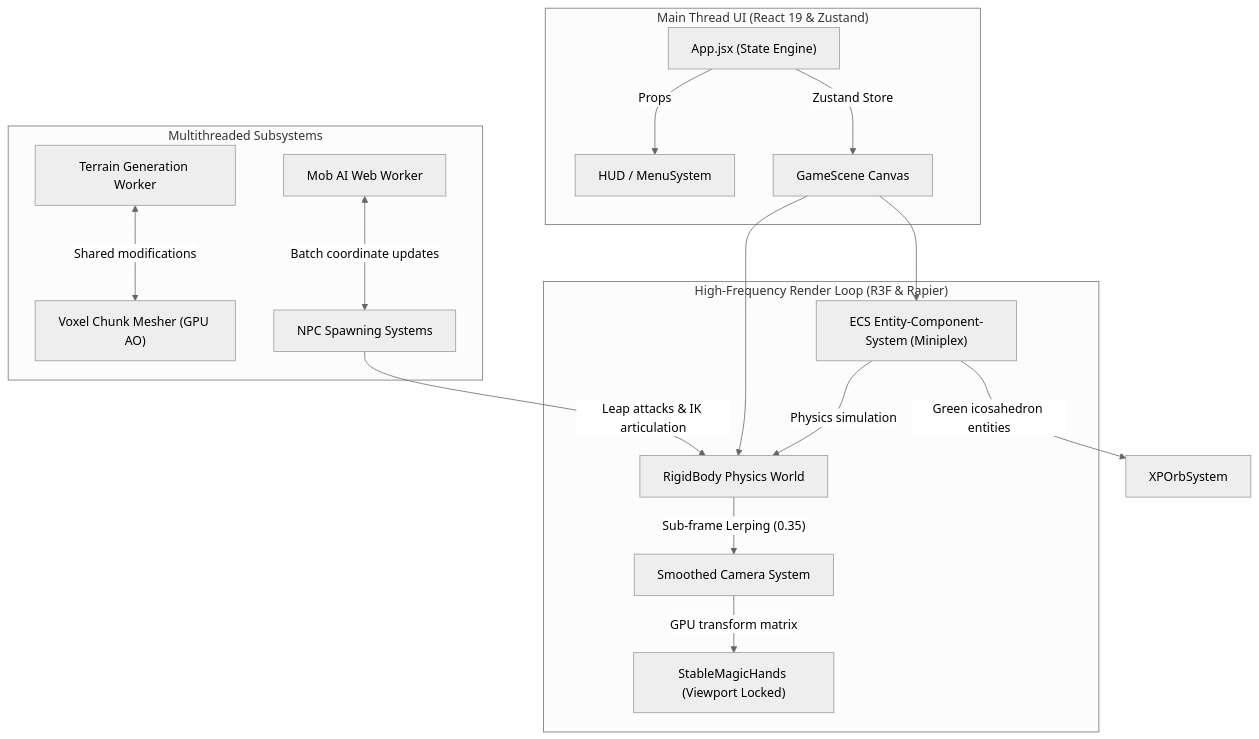
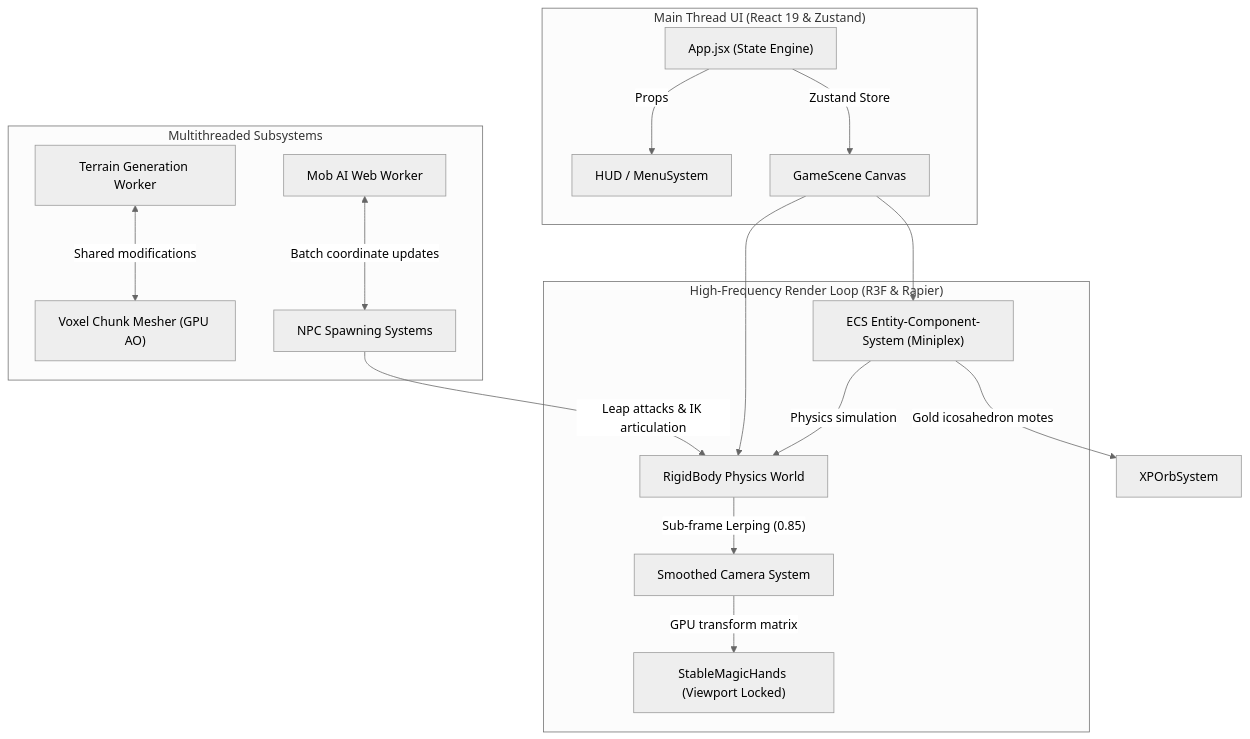
The diagram in README.md (wowlegend/Crafty), drawn with Mermaid (neutral theme) before and after one commit. The commit also changed other lines of this file and 1 other file, not shown here.

````diff
--- a/README.md
+++ b/README.md
@@ -41,23 +41,23 @@
 ```mermaid
 graph TD
     subgraph "Main Thread UI (React 19 & Zustand)"
         A["App.jsx (State Engine)"] -->|"Props"| B["HUD / MenuSystem"]
         A -->|"Zustand Store"| C["GameScene Canvas"]
     end
 
     subgraph "High-Frequency Render Loop (R3F & Rapier)"
         C --> D["RigidBody Physics World"]
         C --> E["ECS Entity-Component-System (Miniplex)"]
-        D -->|"Sub-frame Lerping (0.35)"| F["Smoothed Camera System"]
+        D -->|"Sub-frame Lerping (0.85)"| F["Smoothed Camera System"]
         F -->|"GPU transform matrix"| G["StableMagicHands (Viewport Locked)"]
     end
 
     subgraph "Multithreaded Subsystems"
         H["Terrain Generation Worker"] <-->|"Shared modifications"| I["Voxel Chunk Mesher (GPU AO)"]
         J["Mob AI Web Worker"] <-->|"Batch coordinate updates"| K["NPC Spawning Systems"]
     end
 
     E -->|"Physics simulation"| D
-    E -->|"Green icosahedron entities"| L["XPOrbSystem"]
+    E -->|"Gold icosahedron motes"| L["XPOrbSystem"]
     K -->|"Leap attacks & IK articulation"| D
 ```
````
